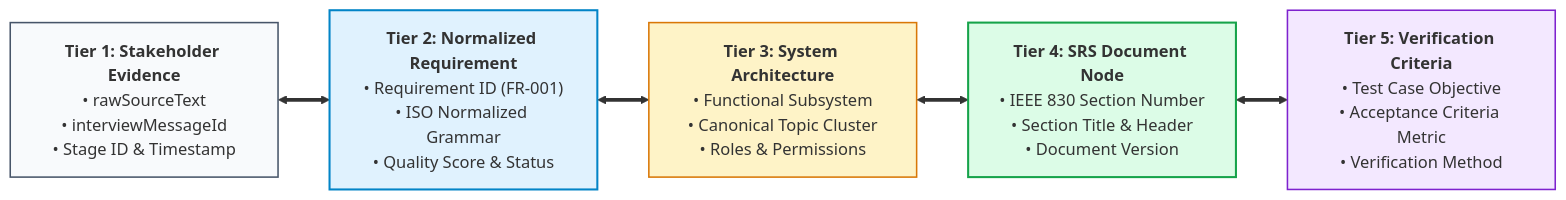
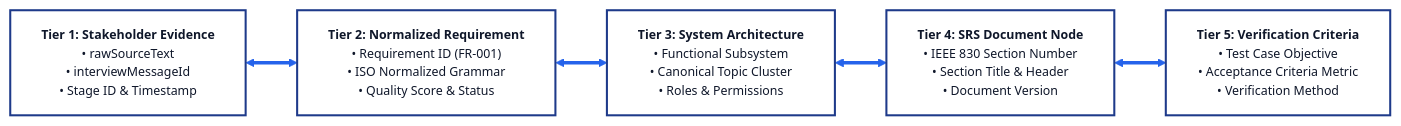
Before and after one commit to ValayaDase/Aether: the seventh of 7 diagrams in PROJECT_RESEARCH_ALGORITHMS_AND_ARCHITECTURE.md, drawn with Mermaid. The commit also changed other lines of this file and 3 other files, not shown here.

Commit message:
docs: add formal research specification, high-visibility flowcharts, algorithms, and technical PDF report

````diff
--- a/PROJECT_RESEARCH_ALGORITHMS_AND_ARCHITECTURE.md
+++ b/PROJECT_RESEARCH_ALGORITHMS_AND_ARCHITECTURE.md
@@ -503,19 +459,16 @@
 ```mermaid
+%%{init: {'theme': 'base', 'themeVariables': {'primaryColor': '#ffffff', 'primaryTextColor': '#0f172a', 'primaryBorderColor': '#2563eb', 'lineColor': '#2563eb'}}}%%
 flowchart LR
-    Tier1["<b>Tier 1: Stakeholder Evidence</b><br/>• rawSourceText<br/>• interviewMessageId<br/>• Stage ID & Timestamp"]
-    Tier2["<b>Tier 2: Normalized Requirement</b><br/>• Requirement ID (FR-001)<br/>• ISO Normalized Grammar<br/>• Quality Score & Status"]
-    Tier3["<b>Tier 3: System Architecture</b><br/>• Functional Subsystem<br/>• Canonical Topic Cluster<br/>• Roles & Permissions"]
-    Tier4["<b>Tier 4: SRS Document Node</b><br/>• IEEE 830 Section Number<br/>• Section Title & Header<br/>• Document Version"]
-    Tier5["<b>Tier 5: Verification Criteria</b><br/>• Test Case Objective<br/>• Acceptance Criteria Metric<br/>• Verification Method"]
+    classDef tier fill:#ffffff,stroke:#1e3a8a,stroke-width:2px,color:#0f172a,font-size:12px;
+
+    Tier1["<b>Tier 1: Stakeholder Evidence</b><br/>• rawSourceText<br/>• interviewMessageId<br/>• Stage ID & Timestamp"]:::tier
+    Tier2["<b>Tier 2: Normalized Requirement</b><br/>• Requirement ID (FR-001)<br/>• ISO Normalized Grammar<br/>• Quality Score & Status"]:::tier
+    Tier3["<b>Tier 3: System Architecture</b><br/>• Functional Subsystem<br/>• Canonical Topic Cluster<br/>• Roles & Permissions"]:::tier
+    Tier4["<b>Tier 4: SRS Document Node</b><br/>• IEEE 830 Section Number<br/>• Section Title & Header<br/>• Document Version"]:::tier
+    Tier5["<b>Tier 5: Verification Criteria</b><br/>• Test Case Objective<br/>• Acceptance Criteria Metric<br/>• Verification Method"]:::tier
 
     Tier1 <==> Tier2
     Tier2 <==> Tier3
     Tier3 <==> Tier4
     Tier4 <==> Tier5
-
-    style Tier1 fill:#f8fafc,stroke:#475569,stroke-width:1.5px
-    style Tier2 fill:#e0f2fe,stroke:#0284c7,stroke-width:2px
-    style Tier3 fill:#fef3c7,stroke:#d97706,stroke-width:1.5px
-    style Tier4 fill:#dcfce7,stroke:#16a34a,stroke-width:2px
-    style Tier5 fill:#f3e8ff,stroke:#7e22ce,stroke-width:1.5px
 ```
````
